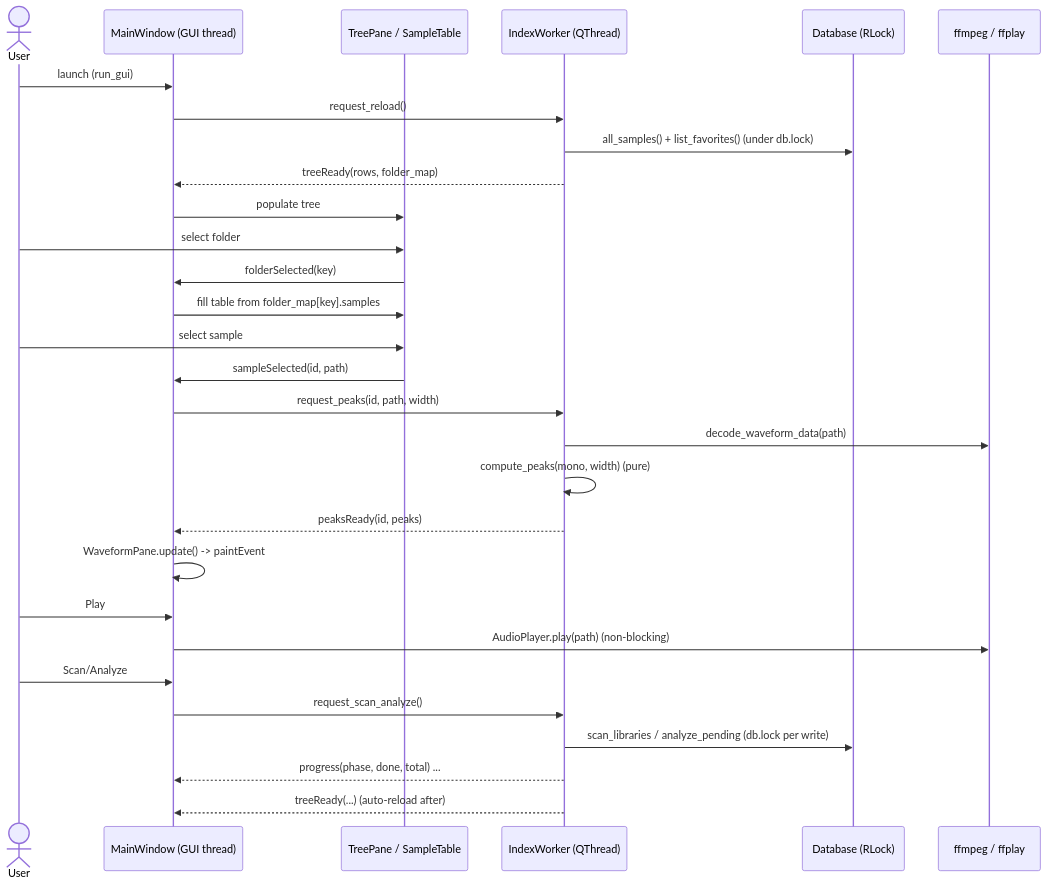
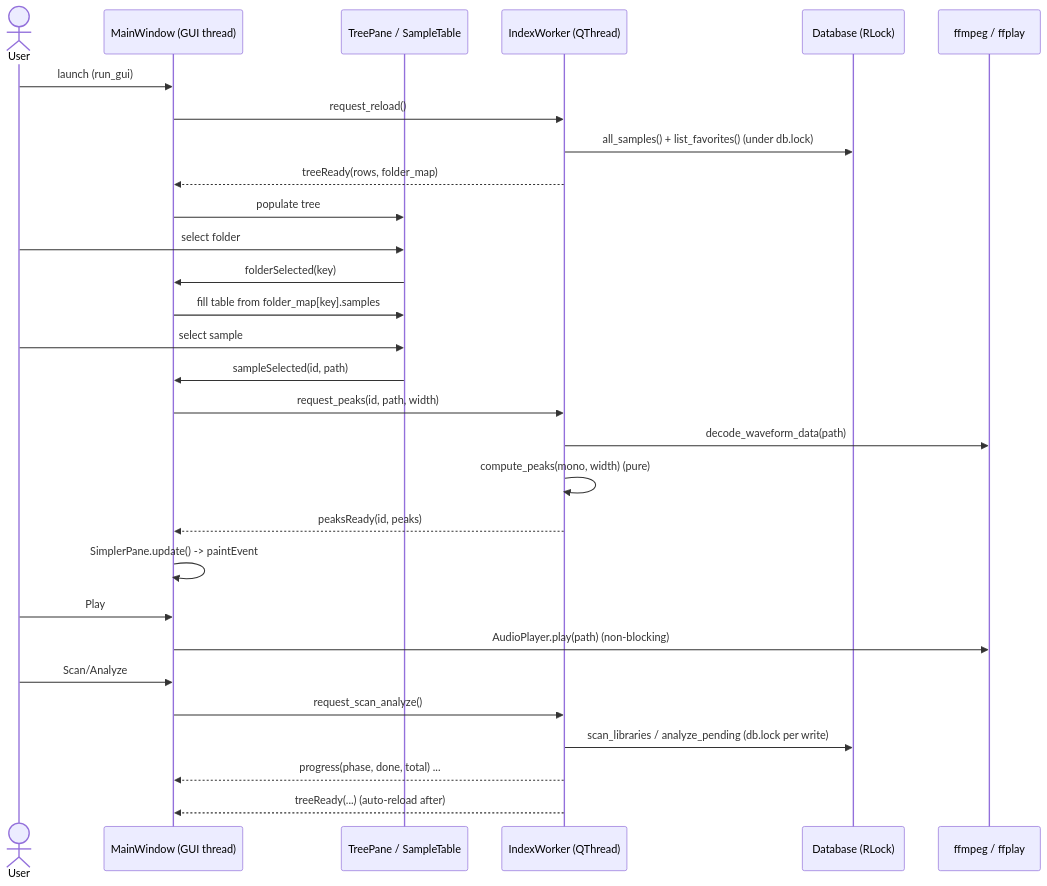
One commit to zloishaman1337/cratedig changed the diagram in ARCHITECTURE.md. Above: the diagram before and after it, drawn with Mermaid. The commit also changed other lines of this file and 1008 other files, not shown here.

````diff
--- a/ARCHITECTURE.md
+++ b/ARCHITECTURE.md
@@ -411,36 +418,36 @@
 ```mermaid
 sequenceDiagram
     actor User
     participant MW as MainWindow (GUI thread)
     participant TP as TreePane / SampleTable
     participant W as IndexWorker (QThread)
     participant DB as Database (RLock)
     participant FF as ffmpeg / ffplay
 
     User->>MW: launch (run_gui)
     MW->>W: request_reload()
     W->>DB: all_samples() + list_favorites()  (under db.lock)
     W-->>MW: treeReady(rows, folder_map)
     MW->>TP: populate tree
 
     User->>TP: select folder
     TP->>MW: folderSelected(key)
     MW->>TP: fill table from folder_map[key].samples
 
     User->>TP: select sample
     TP->>MW: sampleSelected(id, path)
     MW->>W: request_peaks(id, path, width)
     W->>FF: decode_waveform_data(path)
     W->>W: compute_peaks(mono, width)   (pure)
     W-->>MW: peaksReady(id, peaks)
-    MW->>MW: WaveformPane.update() -> paintEvent
+    MW->>MW: SimplerPane.update() -> paintEvent
 
     User->>MW: Play
     MW->>FF: AudioPlayer.play(path)   (non-blocking)
 
     User->>MW: Scan/Analyze
     MW->>W: request_scan_analyze()
     W->>DB: scan_libraries / analyze_pending (db.lock per write)
     W-->>MW: progress(phase, done, total) ...
     W-->>MW: treeReady(...)  (auto-reload after)
 ```
````
